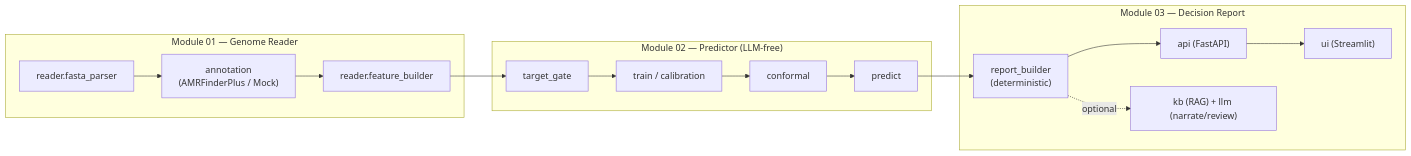
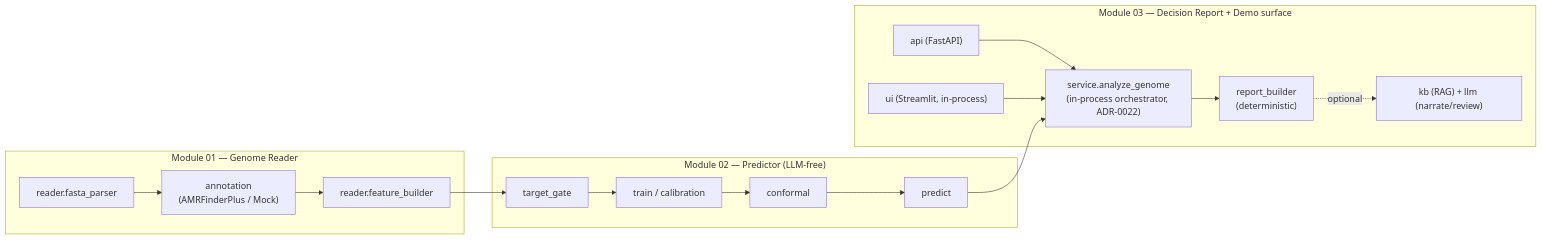
One commit to cofade/ResistanceRecon changed the diagram in Documentation/05-building-block-view/README.md. Above: the diagram before and after it, drawn with Mermaid. The commit also changed other lines of this file and 37 other files, not shown here.

First line of the commit message:
feat(demo): EPIC 6 — FastAPI backend + Streamlit UI + in-process orchestrator (#7, #27, #28) (#46)

````diff
--- a/Documentation/05-building-block-view/README.md
+++ b/Documentation/05-building-block-view/README.md
@@ -5,15 +5,17 @@
 ```mermaid
 flowchart LR
     subgraph M1["Module 01 — Genome Reader"]
         RD["reader.fasta_parser"] --> AN["annotation\n(AMRFinderPlus / Mock)"] --> FB["reader.feature_builder"]
     end
     subgraph M2["Module 02 — Predictor (LLM-free)"]
         GATE["target_gate"] --> TR["train / calibration"] --> CO["conformal"] --> PR["predict"]
     end
-    subgraph M3["Module 03 — Decision Report"]
-        RB["report_builder\n(deterministic)"] --> API2["api (FastAPI)"] --> UI2["ui (Streamlit)"]
-        RB -.->|optional| NAR["kb (RAG) + llm (narrate/review)"]
+    subgraph M3["Module 03 — Decision Report + Demo surface"]
+        RB["report_builder\n(deterministic)"] -.->|optional| NAR["kb (RAG) + llm (narrate/review)"]
+        SVC["service.analyze_genome\n(in-process orchestrator, ADR-0022)"] --> RB
+        API2["api (FastAPI)"] --> SVC
+        UI2["ui (Streamlit, in-process)"] --> SVC
     end
     FB --> GATE
-    PR --> RB
+    PR --> SVC
 ```
````
